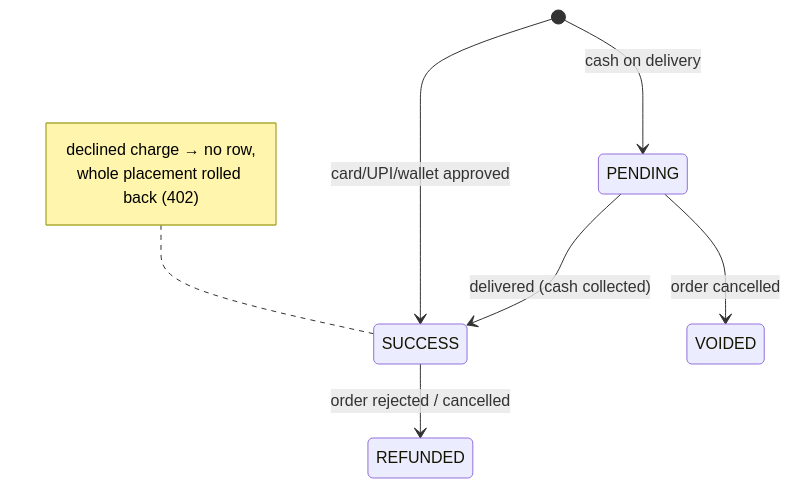
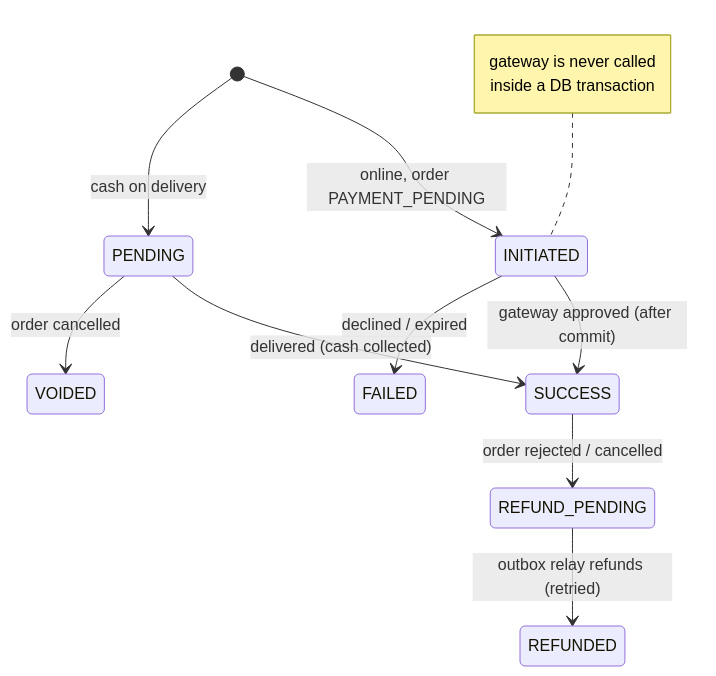
Before and after one commit to luckyr08/-food-delivery: the seventh of 7 diagrams in docs/design/LLD.md, drawn with Mermaid. The commit also changed other lines of this file and 32 other files, not shown here.

First line of the commit message:
fix: payment as a saga — no gateway calls inside DB transactions

````diff
--- a/docs/design/LLD.md
+++ b/docs/design/LLD.md
@@ -329,9 +329,12 @@
 ```mermaid
 stateDiagram-v2
-    [*] --> SUCCESS: card/UPI/wallet approved
+    [*] --> INITIATED: online, order PAYMENT_PENDING
     [*] --> PENDING: cash on delivery
-    SUCCESS --> REFUNDED: order rejected / cancelled
+    INITIATED --> SUCCESS: gateway approved (after commit)
+    INITIATED --> FAILED: declined / expired
+    SUCCESS --> REFUND_PENDING: order rejected / cancelled
+    REFUND_PENDING --> REFUNDED: outbox relay refunds (retried)
     PENDING --> SUCCESS: delivered (cash collected)
     PENDING --> VOIDED: order cancelled
-    note left of SUCCESS: declined charge → no row,<br/>whole placement rolled back (402)
+    note left of INITIATED: gateway is never called<br/>inside a DB transaction
 ```
````
